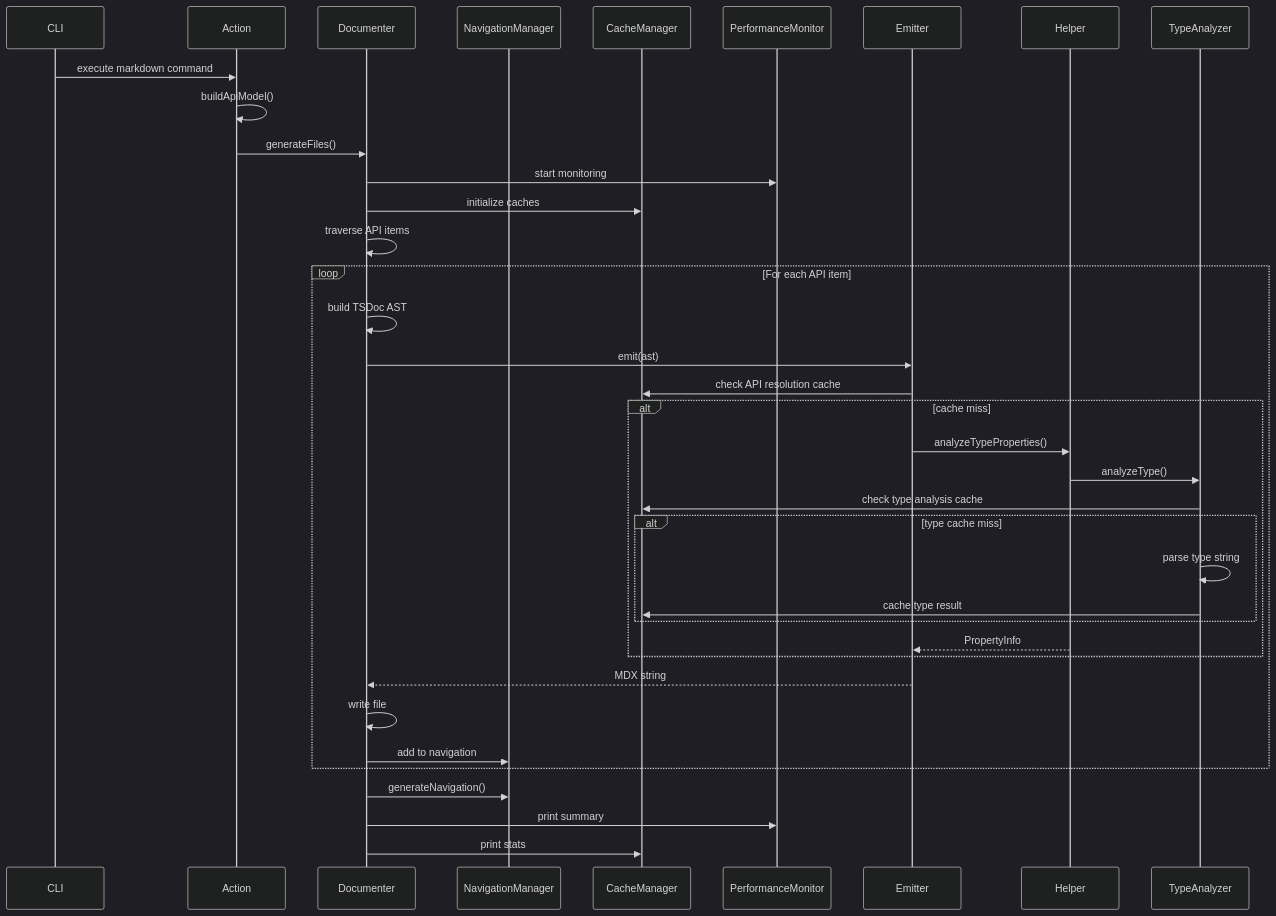
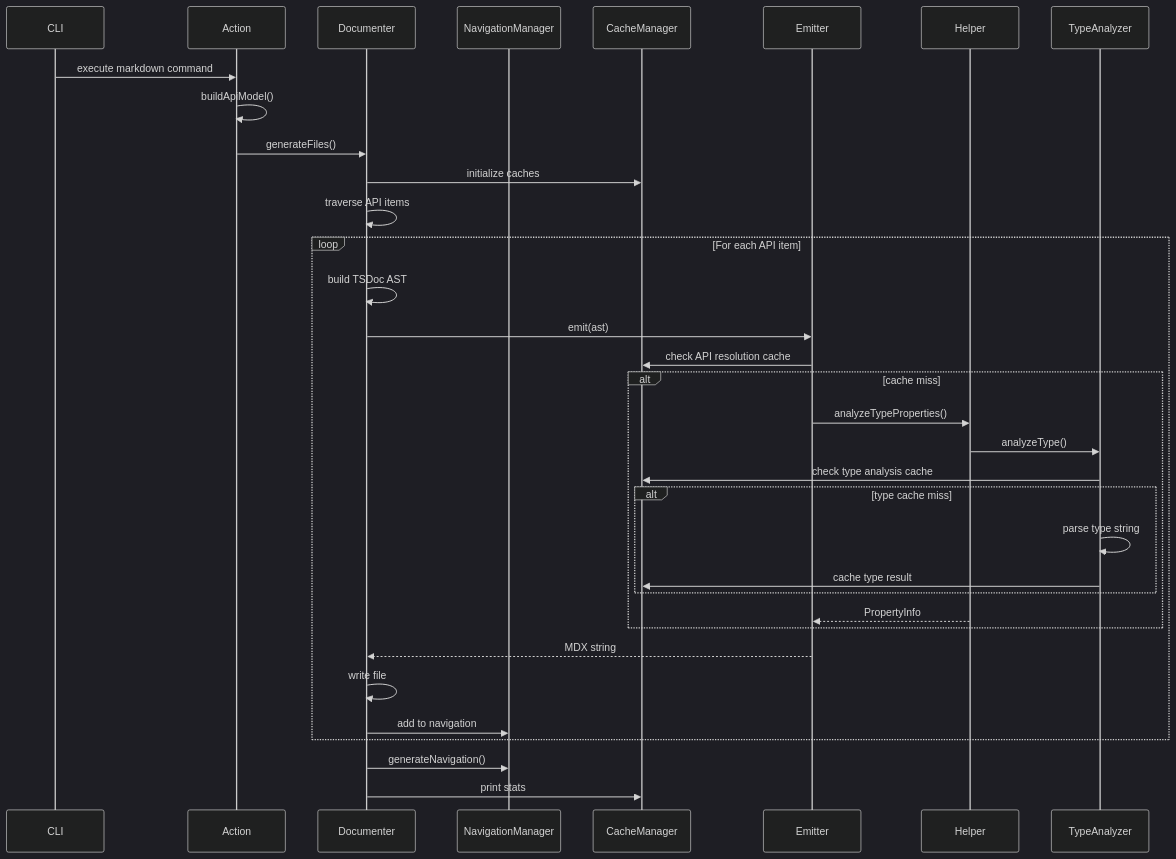
One commit to svallory/mintlify-tsdocs changed the second of 2 diagrams in docs/architecture/overview.mdx. Above: the diagram before and after it, drawn with Mermaid (dark theme). The commit also changed other lines of this file and 139 other files, not shown here.

````diff
--- a/docs/architecture/overview.mdx
+++ b/docs/architecture/overview.mdx
@@ -351,40 +322,37 @@
 ```mermaid
 sequenceDiagram
     participant CLI
     participant Action
     participant Documenter
     participant NavigationManager
     participant CacheManager
-    participant PerformanceMonitor
     participant Emitter
     participant Helper
     participant TypeAnalyzer
 
     CLI->>Action: execute markdown command
     Action->>Action: buildApiModel()
     Action->>Documenter: generateFiles()
-    Documenter->>PerformanceMonitor: start monitoring
     Documenter->>CacheManager: initialize caches
     Documenter->>Documenter: traverse API items
     loop For each API item
         Documenter->>Documenter: build TSDoc AST
         Documenter->>Emitter: emit(ast)
         Emitter->>CacheManager: check API resolution cache
         alt cache miss
             Emitter->>Helper: analyzeTypeProperties()
             Helper->>TypeAnalyzer: analyzeType()
             TypeAnalyzer->>CacheManager: check type analysis cache
             alt type cache miss
                 TypeAnalyzer->>TypeAnalyzer: parse type string
                 TypeAnalyzer->>CacheManager: cache type result
             end
             Helper-->>Emitter: PropertyInfo
         end
         Emitter-->>Documenter: MDX string
         Documenter->>Documenter: write file
         Documenter->>NavigationManager: add to navigation
     end
     Documenter->>NavigationManager: generateNavigation()
-    Documenter->>PerformanceMonitor: print summary
     Documenter->>CacheManager: print stats
 ```
````
